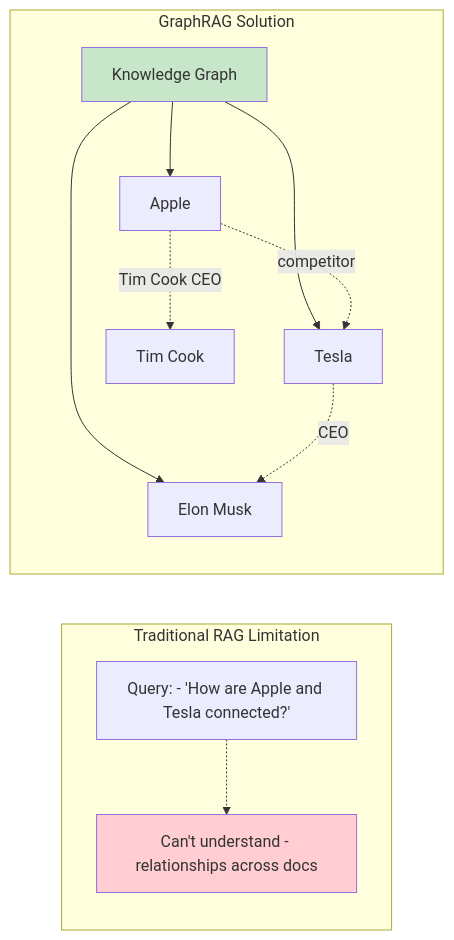
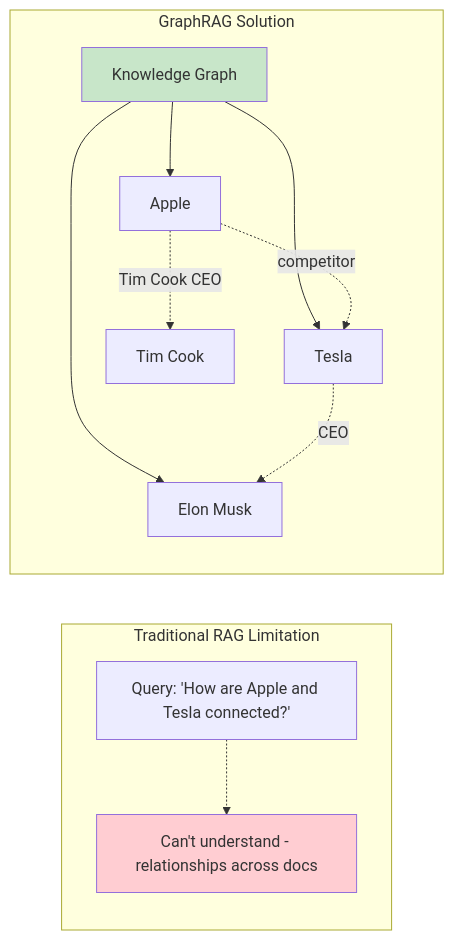
One commit to indhra/llm_rag_sec_findings changed the fifth of 10 diagrams in docs/learning/08-advanced-rag.md. Above: the diagram before and after it, drawn with Mermaid. The commit also changed other lines of this file and 9 other files, not shown here.

````diff
--- a/docs/learning/08-advanced-rag.md
+++ b/docs/learning/08-advanced-rag.md
@@ -243,19 +243,19 @@
 ```mermaid
 graph LR
     subgraph "Traditional RAG Limitation"
-        Q[Query: - 'How are Apple and Tesla connected?']
+        Q["Query: 'How are Apple and Tesla connected?'"]
         Q -.-> L[Can't understand - relationships across docs]
     end
     
     subgraph "GraphRAG Solution"
         G[Knowledge Graph] --> E1[Apple]
         G --> E2[Tesla]
         G --> R1[Elon Musk]
         E1 -.competitor.-> E2
         E2 -.CEO.-> R1
         E1 -.Tim Cook CEO.-> TC[Tim Cook]
     end
     
     style L fill:#ffcdd2
     style G fill:#c8e6c9
 ```
````
